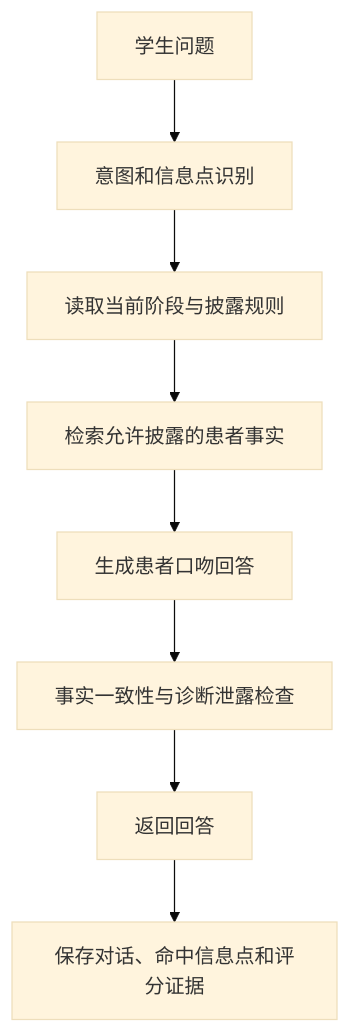
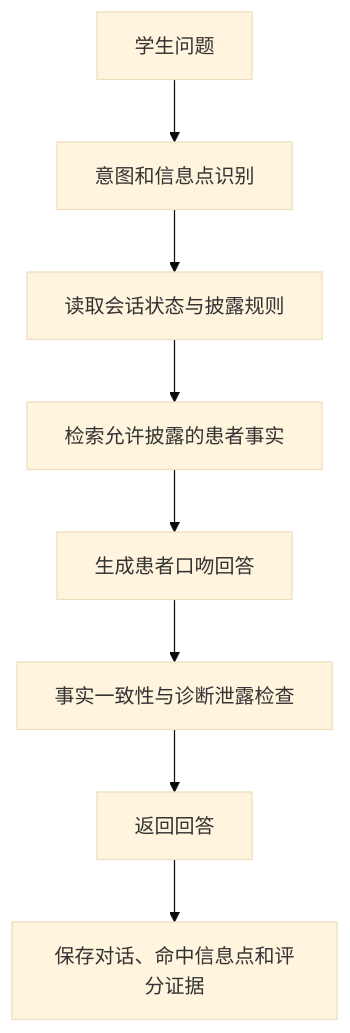
One commit to yuxiaofei93/oral-sp changed the third of 3 diagrams in oral-clinic-ai-product-design.md. Above: the diagram before and after it, drawn with Mermaid (base theme). The commit also changed other lines of this file and 24 other files, not shown here.

````diff
--- a/oral-clinic-ai-product-design.md
+++ b/oral-clinic-ai-product-design.md
@@ -334,10 +323,10 @@
 ```mermaid
 flowchart TD
     Q[学生问题] --> I[意图和信息点识别]
-    I --> P[读取当前阶段与披露规则]
+    I --> P[读取会话状态与披露规则]
     P --> K[检索允许披露的患者事实]
     K --> G[生成患者口吻回答]
     G --> V[事实一致性与诊断泄露检查]
     V --> A[返回回答]
     A --> S[保存对话、命中信息点和评分证据]
 ```
````
